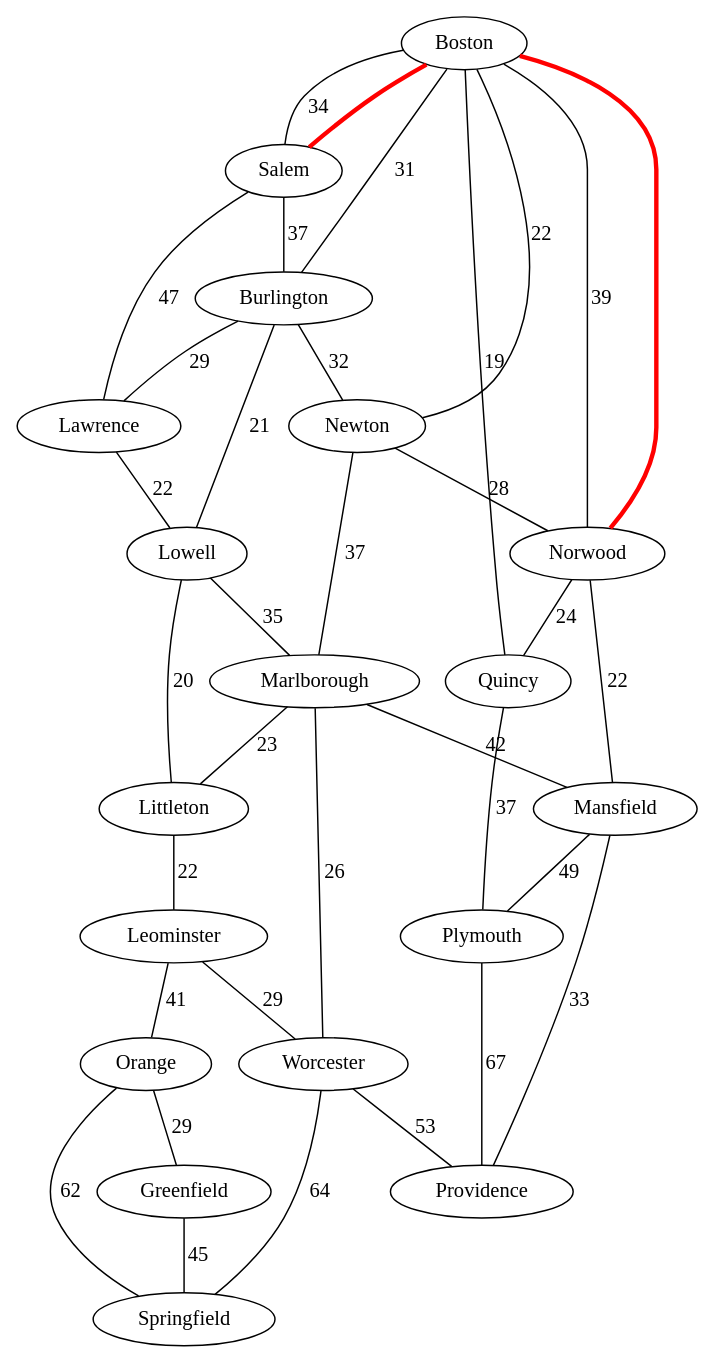
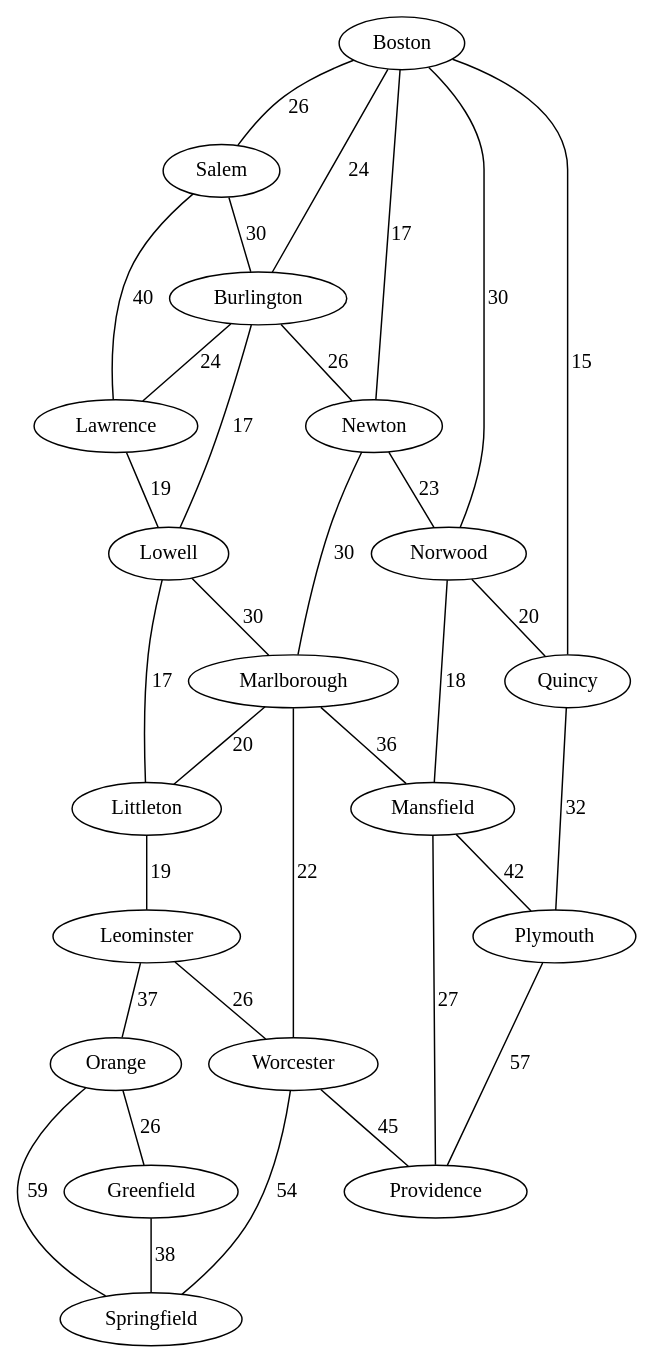
One commit to Ryder-Oonster/Algorithms_FinalGroupProject changed the diagram in graph.dot. Above: the diagram before and after it, drawn with Graphviz. The commit also changed 3 other files, not shown here.

```diff
--- a/graph.dot
+++ b/graph.dot
@@ -1,38 +1,36 @@
 graph DijkstraGraph {
-  Boston -- Salem [label="34"];
-  Boston -- Burlington [label="31"];
-  Boston -- Newton [label="22"];
-  Boston -- Norwood [label="39"];
-  Boston -- Quincy [label="19"];
-  Salem -- Burlington [label="37"];
-  Salem -- Lawrence [label="47"];
-  Burlington -- Newton [label="32"];
-  Burlington -- Lawrence [label="29"];
-  Burlington -- Lowell [label="21"];
-  Newton -- Norwood [label="28"];
-  Newton -- Marlborough [label="37"];
-  Norwood -- Quincy [label="24"];
-  Norwood -- Mansfield [label="22"];
-  Quincy -- Plymouth [label="37"];
-  Lawrence -- Lowell [label="22"];
-  Lowell -- Marlborough [label="35"];
-  Lowell -- Littleton [label="20"];
-  Marlborough -- Mansfield [label="42"];
-  Marlborough -- Littleton [label="23"];
-  Marlborough -- Worcester [label="26"];
-  Mansfield -- Plymouth [label="49"];
-  Mansfield -- Providence [label="33"];
-  Plymouth -- Providence [label="67"];
-  Littleton -- Leominster [label="22"];
-  Leominster -- Worcester [label="29"];
-  Leominster -- Orange [label="41"];
-  Worcester -- Providence [label="53"];
-  Worcester -- Springfield [label="64"];
-  Orange -- Greenfield [label="29"];
-  Orange -- Springfield [label="62"];
-  Greenfield -- Springfield [label="45"];
+  Boston -- Salem [label="26"];
+  Boston -- Burlington [label="24"];
+  Boston -- Newton [label="17"];
+  Boston -- Norwood [label="30"];
+  Boston -- Quincy [label="15"];
+  Salem -- Burlington [label="30"];
+  Salem -- Lawrence [label="40"];
+  Burlington -- Newton [label="26"];
+  Burlington -- Lawrence [label="24"];
+  Burlington -- Lowell [label="17"];
+  Newton -- Norwood [label="23"];
+  Newton -- Marlborough [label="30"];
+  Norwood -- Quincy [label="20"];
+  Norwood -- Mansfield [label="18"];
+  Quincy -- Plymouth [label="32"];
+  Lawrence -- Lowell [label="19"];
+  Lowell -- Marlborough [label="30"];
+  Lowell -- Littleton [label="17"];
+  Marlborough -- Mansfield [label="36"];
+  Marlborough -- Littleton [label="20"];
+  Marlborough -- Worcester [label="22"];
+  Mansfield -- Plymouth [label="42"];
+  Mansfield -- Providence [label="27"];
+  Plymouth -- Providence [label="57"];
+  Littleton -- Leominster [label="19"];
+  Leominster -- Worcester [label="26"];
+  Leominster -- Orange [label="37"];
+  Worcester -- Providence [label="45"];
+  Worcester -- Springfield [label="54"];
+  Orange -- Greenfield [label="26"];
+  Orange -- Springfield [label="59"];
+  Greenfield -- Springfield [label="38"];
 
   // Highlight the optimal path
-  Salem -- Boston [color=red, penwidth=3.0];
-  Boston -- Norwood [color=red, penwidth=3.0];
 }
```
